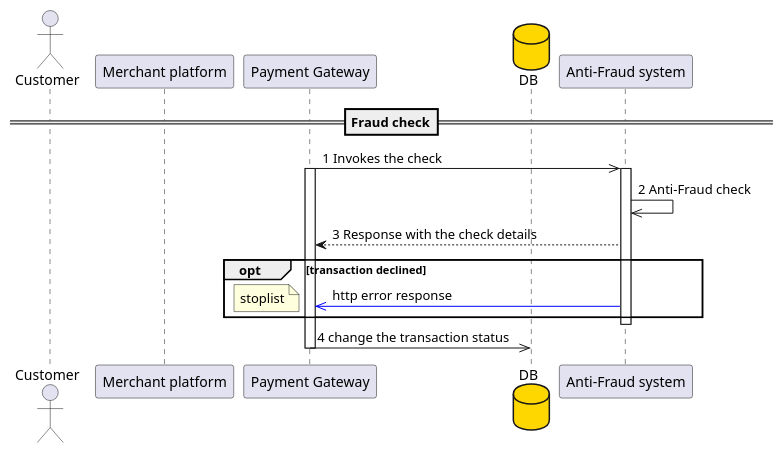
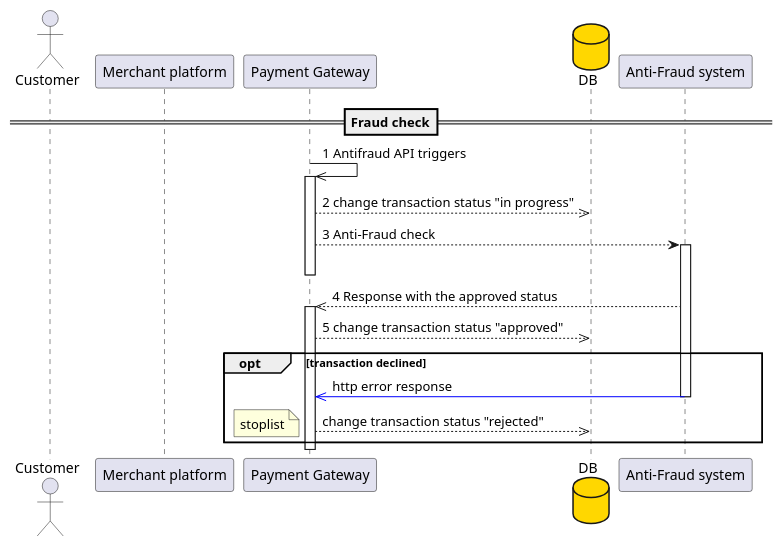
Before and after one commit to Hello-Stella/Solutions: the diagram in .idea/src/main/OpenApi/4.1.2.3 Anti Fraud validation/4.1.2.3 anti fraud.puml, drawn with PlantUML. The commit also changed 5 other files, not shown here.

```diff
--- a/.idea/src/main/OpenApi/4.1.2.3 Anti Fraud validation/4.1.2.3 anti fraud.puml
+++ b/.idea/src/main/OpenApi/4.1.2.3 Anti Fraud validation/4.1.2.3 anti fraud.puml
@@ -1,30 +1,34 @@
 @startuml
 
-
-==Fraud check==
 
 actor "Customer" as A
 participant "Merchant platform" as B
 participant "Payment Gateway" as C
 database DB  #gold
-participant "Anti-Fraud system" as D
+participant "Anti-Fraud system" as E
 
 
-"C" ->> "D": 1 Invokes the check
+==Fraud check==
+
+"C" ->> "C": 1 Antifraud API triggers
 Activate C
-Activate D
+"C" -->> DB: 2 change transaction status "in progress"
 
-"D" ->> "D": 2 Anti-Fraud check
-"C" <-- "D": 3 Response with the check details
+"C" --> "E": 3 Anti-Fraud check
+Activate E
+Deactivate C
 
+"C" <<-- "E": 4 Response with the approved status
+Activate C
+"C" -->> DB: 5 change transaction status "approved"
 opt transaction declined
-"C" <<-[#blue] "D": http error response
+"C" <<-[#blue] "E": http error response
+Deactivate E
+"C" -->> DB: change transaction status "rejected"
 note left: stoplist
 end
-Deactivate D
-
-"C" ->> DB: 4 change the transaction status
 
 Deactivate C
+Deactivate A
 
 @enduml
```
